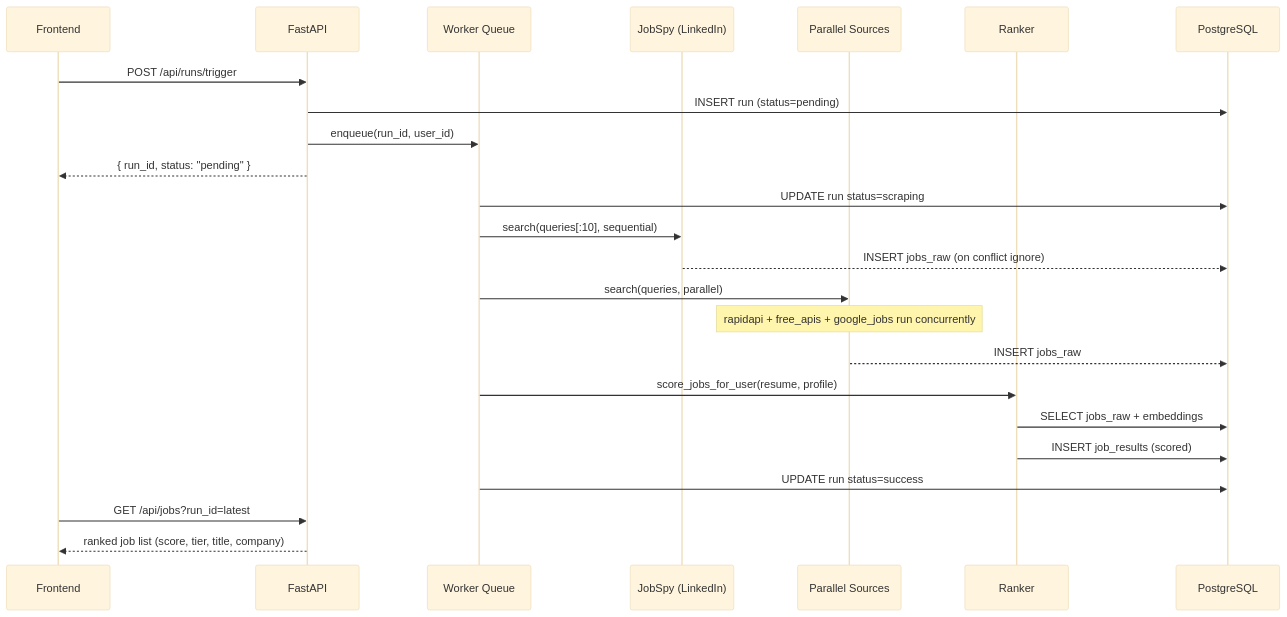
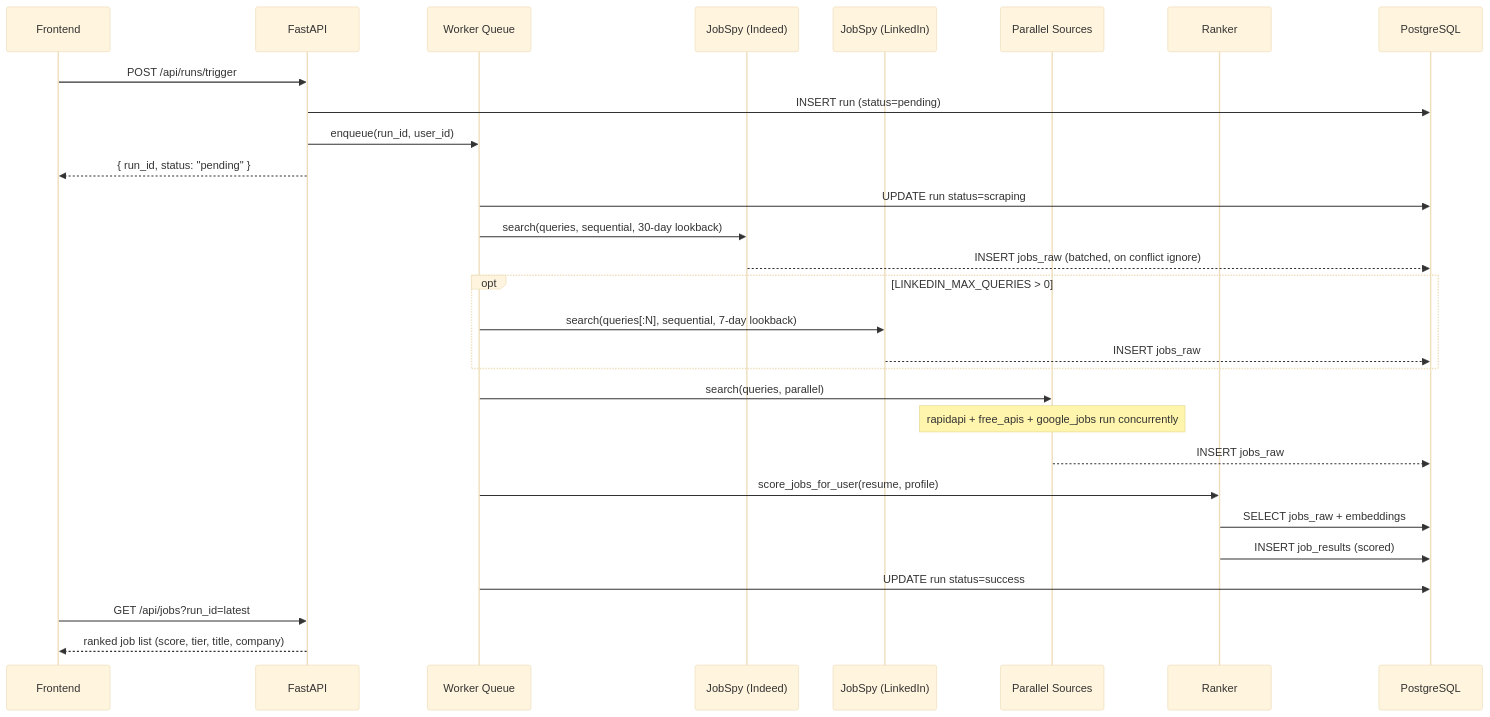
The second of 2 diagrams in signalrank/README.md (zharupesh07/signalrank), drawn with Mermaid (base theme) before and after one commit. The commit also changed other lines of this file and 3 other files, not shown here.

First line of the commit message:
fix: scraper reliability — company field, Indeed primary, batched inserts, no result caps

````diff
--- a/signalrank/README.md
+++ b/signalrank/README.md
@@ -253,31 +253,37 @@
 ```mermaid
 sequenceDiagram
     participant UI as Frontend
     participant API as FastAPI
     participant Q as Worker Queue
-    participant JS as JobSpy (LinkedIn)
+    participant IN as JobSpy (Indeed)
+    participant LI as JobSpy (LinkedIn)
     participant PA as Parallel Sources
     participant R as Ranker
     participant DB as PostgreSQL
 
     UI->>API: POST /api/runs/trigger
     API->>DB: INSERT run (status=pending)
     API->>Q: enqueue(run_id, user_id)
     API-->>UI: { run_id, status: "pending" }
 
     Q->>DB: UPDATE run status=scraping
-    Q->>JS: search(queries[:10], sequential)
-    JS-->>DB: INSERT jobs_raw (on conflict ignore)
+    Q->>IN: search(queries, sequential, 30-day lookback)
+    IN-->>DB: INSERT jobs_raw (batched, on conflict ignore)
+
+    opt LINKEDIN_MAX_QUERIES > 0
+        Q->>LI: search(queries[:N], sequential, 7-day lookback)
+        LI-->>DB: INSERT jobs_raw
+    end
 
     Q->>PA: search(queries, parallel)
     Note over PA: rapidapi + free_apis + google_jobs run concurrently
     PA-->>DB: INSERT jobs_raw
 
     Q->>R: score_jobs_for_user(resume, profile)
     R->>DB: SELECT jobs_raw + embeddings
     R->>DB: INSERT job_results (scored)
     Q->>DB: UPDATE run status=success
 
     UI->>API: GET /api/jobs?run_id=latest
     API-->>UI: ranked job list (score, tier, title, company)
 ```
````
